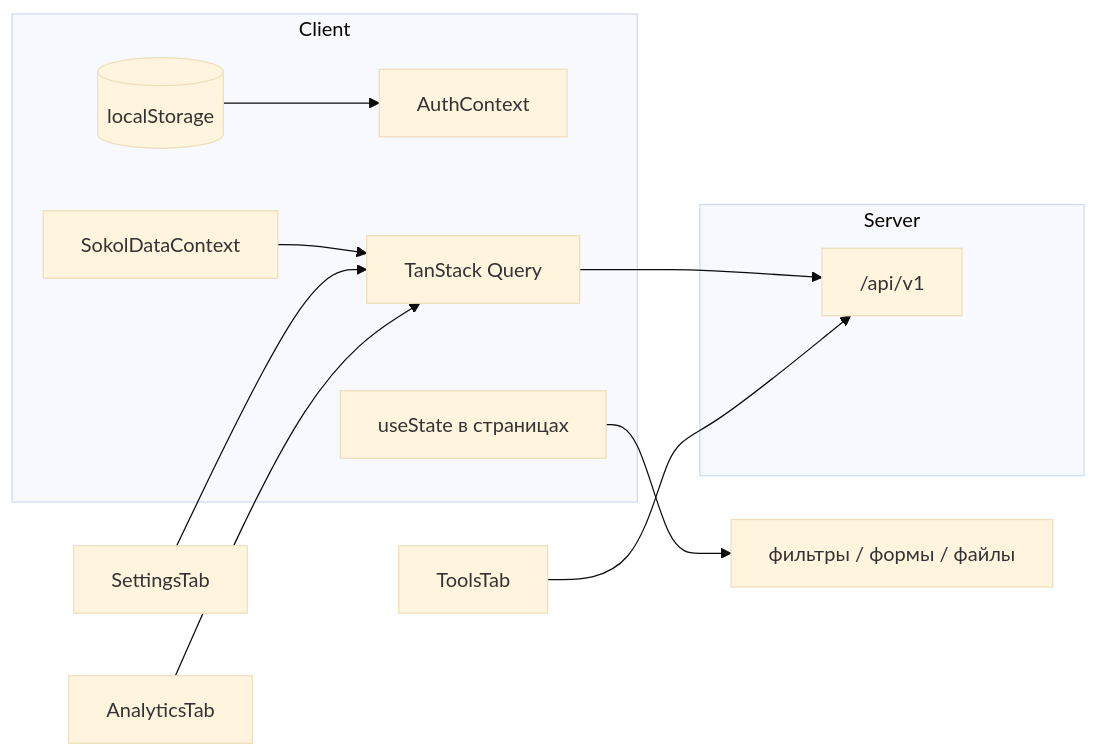
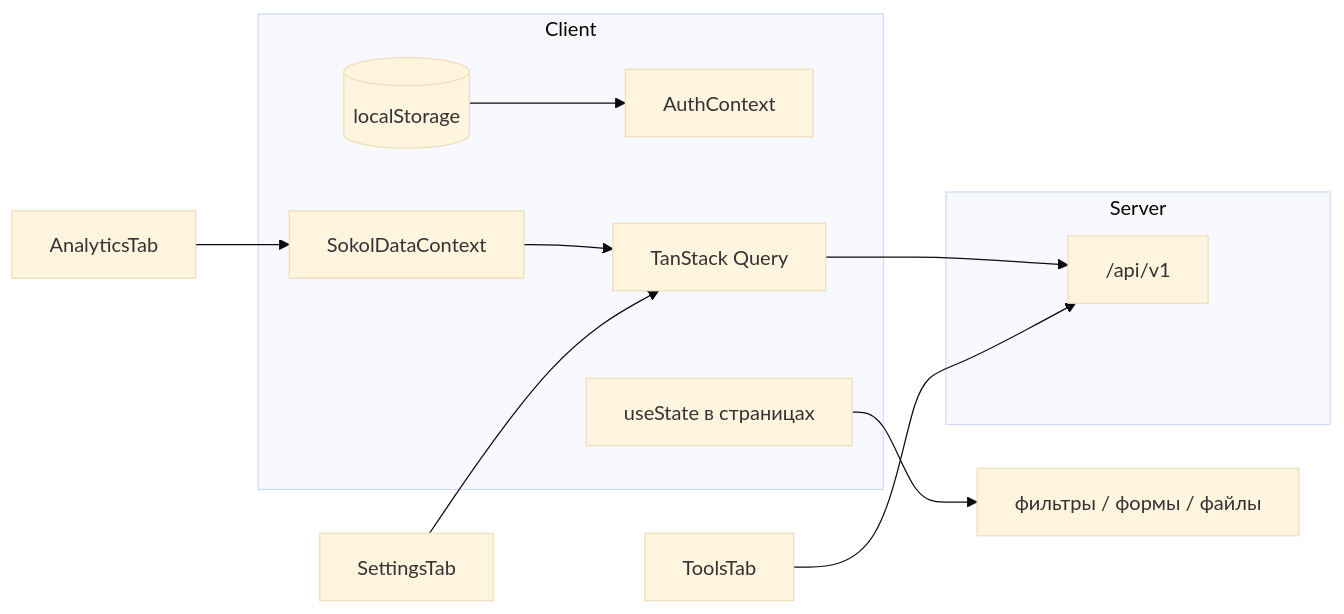
The second of 7 diagrams in sokol-frontend/docs/ARCHITECTURE.md (sweetd0vee/sokol), drawn with Mermaid (base theme) before and after one commit. The commit also changed other lines of this file and 13 other files, not shown here.

````diff
--- a/sokol-frontend/docs/ARCHITECTURE.md
+++ b/sokol-frontend/docs/ARCHITECTURE.md
@@ -66,22 +70,22 @@
 ```mermaid
 flowchart LR
   subgraph Client
     LS[(localStorage)]
     AuthCtx[AuthContext]
     SokolCtx[SokolDataContext]
     RQ[TanStack Query]
     Local[useState в страницах]
   end
 
   subgraph Server
     API["/api/v1"]
   end
 
   LS --> AuthCtx
   RQ --> API
   SokolCtx --> RQ
   SettingsTab --> RQ
-  AnalyticsTab --> RQ
+  AnalyticsTab --> SokolCtx
   ToolsTab --> API
   Local --> Filters[фильтры / формы / файлы]
 ```
````
